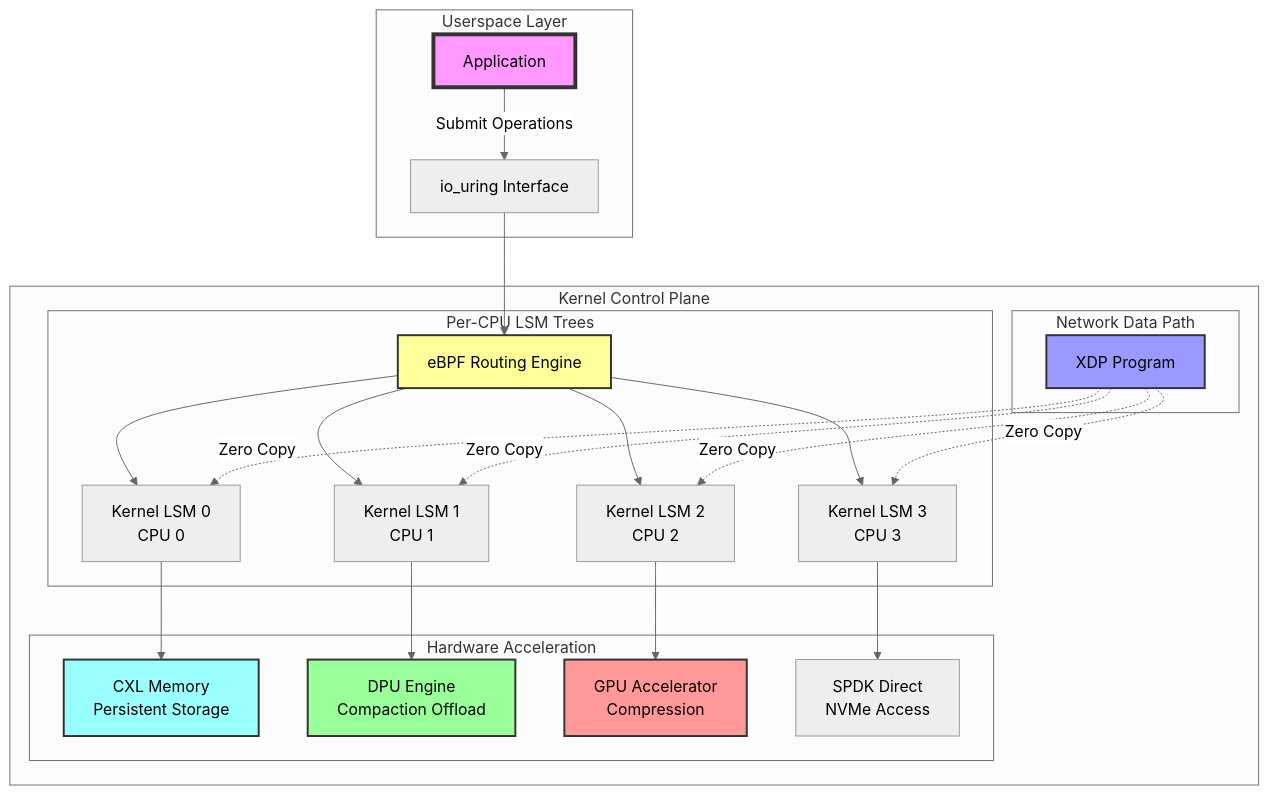
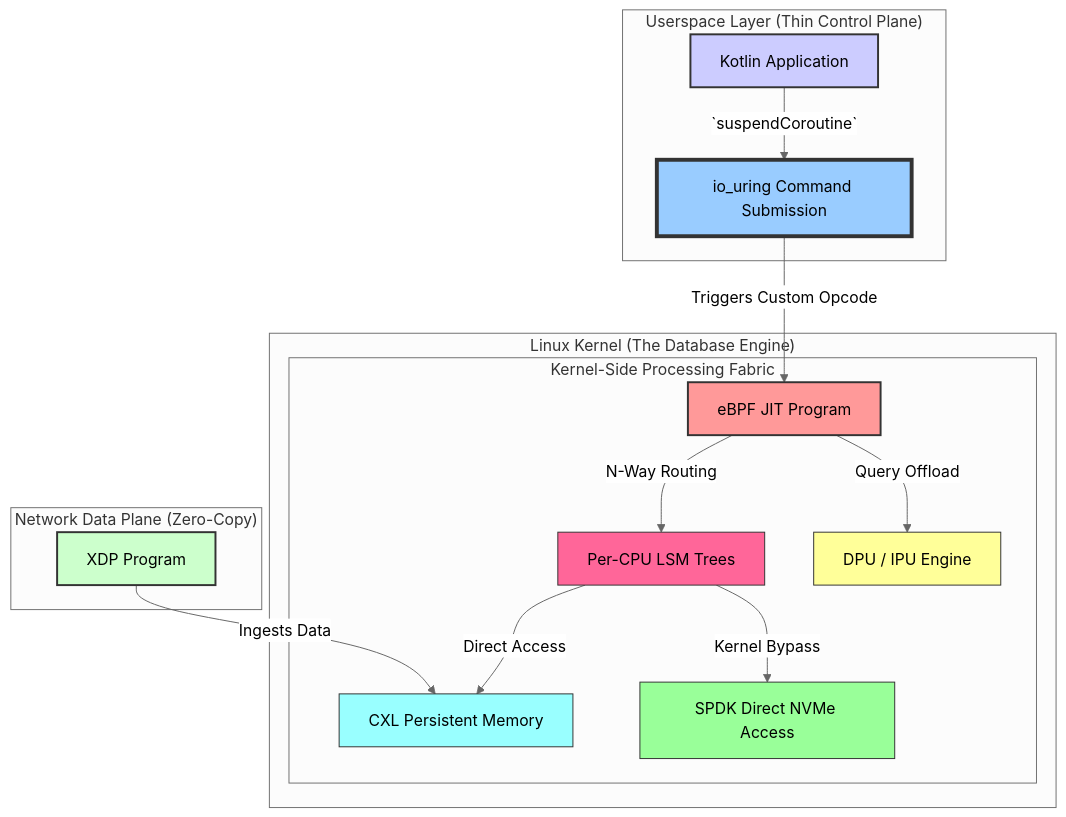
The diagram in LINUX_ENDGAME_KERNEL_INTEGRATION.md (jnorthrup/superbikeshed), drawn with Mermaid (neutral theme) before and after one commit. The commit also changed other lines of this file and 56 other files, not shown here.

````diff
--- a/LINUX_ENDGAME_KERNEL_INTEGRATION.md
+++ b/LINUX_ENDGAME_KERNEL_INTEGRATION.md
@@ -286,38 +100,30 @@
 ```mermaid
-graph TB
-    subgraph "Userspace Layer"
-        APP[Application] -->|Submit Operations| UR[io_uring Interface]
+graph TB 
+    subgraph "Userspace Layer (Thin Control Plane)"
+        APP[Kotlin Application] -->|`suspendCoroutine`| UR[io_uring Command Submission]
     end
-    
-    subgraph "Kernel Control Plane"
-        UR --> BPF[eBPF Routing Engine]
-        
-        subgraph "Per-CPU LSM Trees"
-            BPF --> K0[Kernel LSM 0<br/>CPU 0]
-            BPF --> K1[Kernel LSM 1<br/>CPU 1]
-            BPF --> K2[Kernel LSM 2<br/>CPU 2]
-            BPF --> K3[Kernel LSM 3<br/>CPU 3]
-        end
-        
-        subgraph "Hardware Acceleration"
-            K0 --> CXL[CXL Memory<br/>Persistent Storage]
-            K1 --> DPU[DPU Engine<br/>Compaction Offload]
-            K2 --> GPU[GPU Accelerator<br/>Compression]
-            K3 --> SPDK[SPDK Direct<br/>NVMe Access]
-        end
-        
-        subgraph "Network Data Path"
-            XDP[XDP Program] -.->|Zero Copy| K0
-            XDP -.->|Zero Copy| K1
-            XDP -.->|Zero Copy| K2
-            XDP -.->|Zero Copy| K3
+
+    subgraph "Linux Kernel (The Database Engine)"
+        UR -->|"Triggers Custom Opcode"| BPF[eBPF JIT Program]
+
+        subgraph "Kernel-Side Processing Fabric"
+            BPF -- N-Way Routing --> LSMs[Per-CPU LSM Trees]
+            BPF -- Query Offload --> DPU[DPU / IPU Engine]
+            LSMs -- Direct Access --> CXL[CXL Persistent Memory]
+            LSMs -- Kernel Bypass --> SPDK[SPDK Direct NVMe Access]
         end
     end
     
-    style APP fill:#f9f,stroke:#333,stroke-width:4px
-    style BPF fill:#ff9,stroke:#333,stroke-width:2px
-    style CXL fill:#9ff,stroke:#333,stroke-width:2px
-    style DPU fill:#9f9,stroke:#333,stroke-width:2px
-    style GPU fill:#f99,stroke:#333,stroke-width:2px
-    style XDP fill:#99f,stroke:#333,stroke-width:2px
+    subgraph "Network Data Plane (Zero-Copy)"
+        XDP[XDP Program] -- Ingests Data --> CXL
+    end
+
+    style APP fill:#ccf,stroke:#333,stroke-width:2px
+    style UR fill:#9cf,stroke:#333,stroke-width:4px
+    style BPF fill:#f99,stroke:#333,stroke-width:2px
+    style LSMs fill:#f69,stroke:#333
+    style DPU fill:#ff9,stroke:#333
+    style CXL fill:#9ff,stroke:#333
+    style SPDK fill:#9f9,stroke:#333
+    style XDP fill:#cfc,stroke:#333,stroke-width:2px
 ```
````
